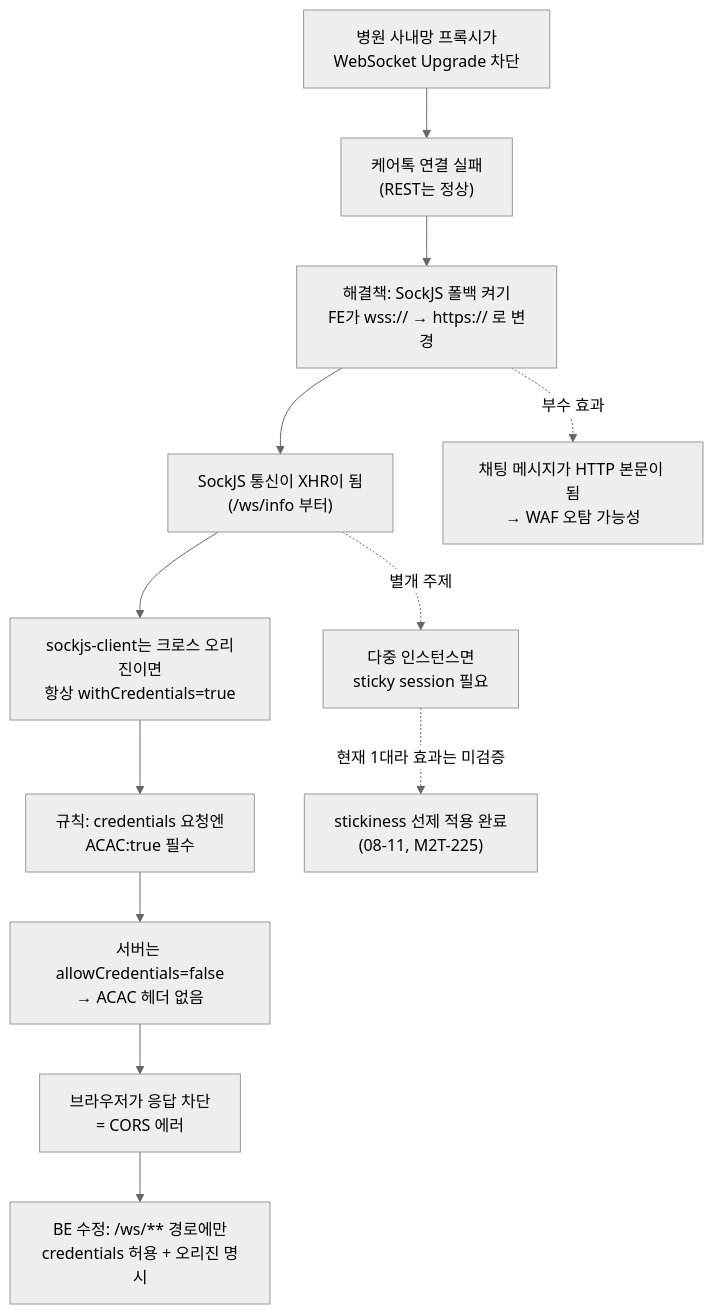
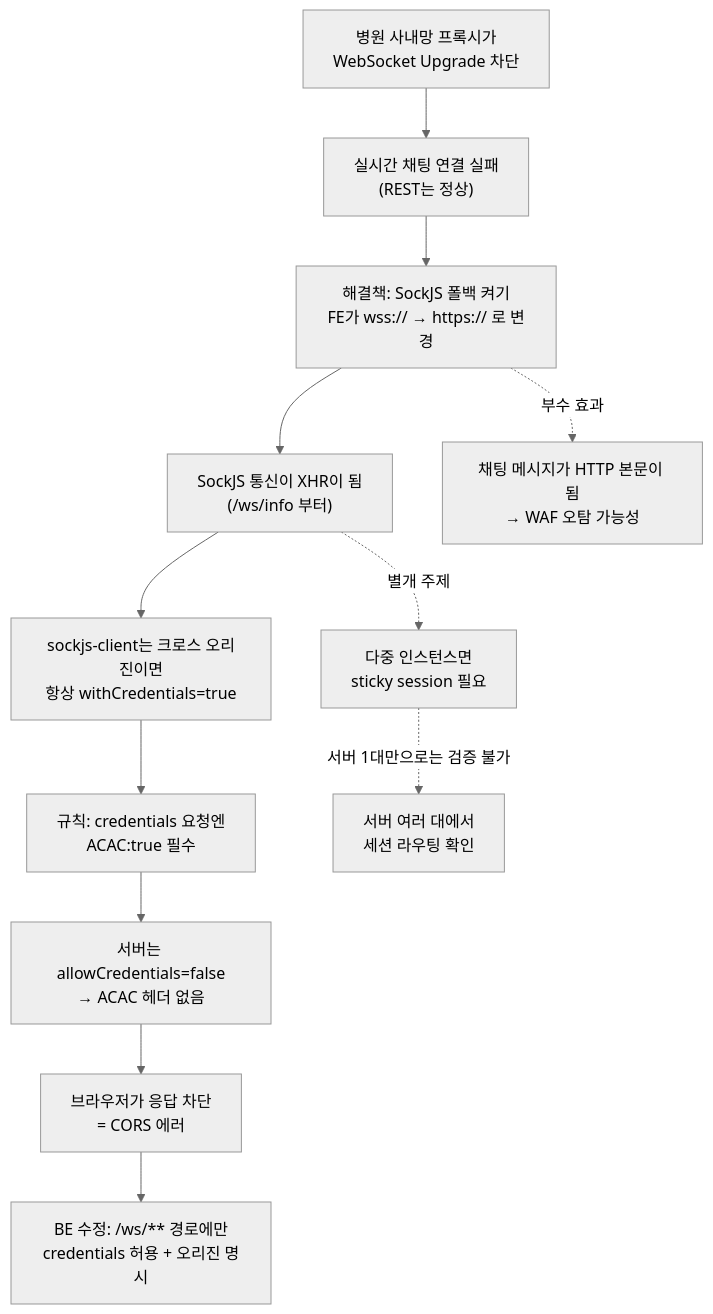
The third of 3 diagrams in realtime-web-networking-cors-infra.md (zooozoo/study_dev), drawn with Mermaid (neutral theme) before and after one commit. The commit also changed other lines of this file and 11 other files, not shown here.

````diff
--- a/realtime-web-networking-cors-infra.md
+++ b/realtime-web-networking-cors-infra.md
@@ -983,14 +1002,14 @@
 ```mermaid
 flowchart TD
-    A["병원 사내망 프록시가<br/>WebSocket Upgrade 차단"] --> B["케어톡 연결 실패<br/>(REST는 정상)"]
+    A["병원 사내망 프록시가<br/>WebSocket Upgrade 차단"] --> B["실시간 채팅 연결 실패<br/>(REST는 정상)"]
     B --> C["해결책: SockJS 폴백 켜기<br/>FE가 wss:// → https:// 로 변경"]
     C --> D["SockJS 통신이 XHR이 됨<br/>(/ws/info 부터)"]
     D --> E["sockjs-client는 크로스 오리진이면<br/>항상 withCredentials=true"]
     E --> F["규칙: credentials 요청엔<br/>ACAC:true 필수"]
     F --> G["서버는 allowCredentials=false<br/>→ ACAC 헤더 없음"]
     G --> H["브라우저가 응답 차단<br/>= CORS 에러"]
     H --> I["BE 수정: /ws/** 경로에만<br/>credentials 허용 + 오리진 명시"]
     D -.->|"별개 주제"| J["다중 인스턴스면<br/>sticky session 필요"]
-    J -.->|"현재 1대라 효과는 미검증"| K["stickiness 선제 적용 완료<br/>(08-11, M2T-225)"]
+    J -.->|"서버 1대만으로는 검증 불가"| K["서버 여러 대에서<br/>세션 라우팅 확인"]
     C -.->|"부수 효과"| L["채팅 메시지가 HTTP 본문이 됨<br/>→ WAF 오탐 가능성"]
 ```
````
